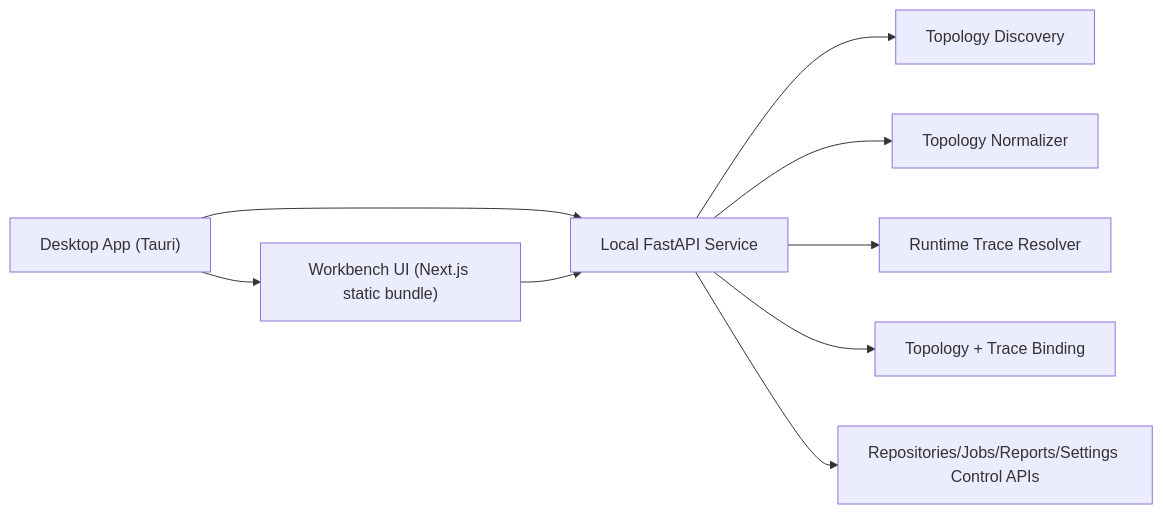
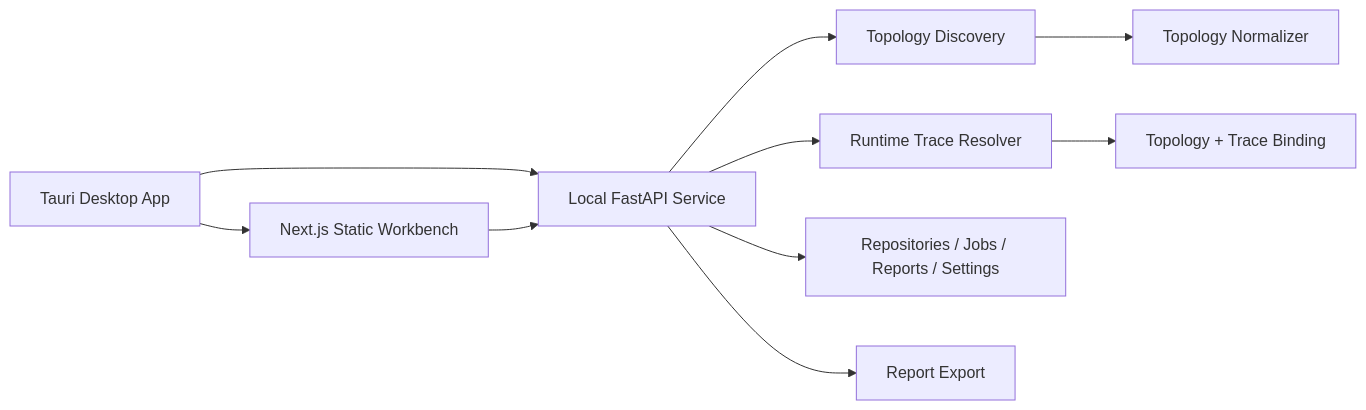
Before and after one commit to Sgt-Friedrich/Agent_City: the diagram in README.md, drawn with Mermaid. The commit also changed other lines of this file and 43 other files, not shown here.

````diff
--- a/README.md
+++ b/README.md
@@ -133,11 +82,12 @@
 ```mermaid
 flowchart LR
-  App["Desktop App (Tauri)"] --> UI["Workbench UI (Next.js static bundle)"]
+  App["Tauri Desktop App"] --> UI["Next.js Static Workbench"]
   App --> API["Local FastAPI Service"]
   UI --> API
   API --> Discovery["Topology Discovery"]
-  API --> Normalizer["Topology Normalizer"]
+  Discovery --> Normalizer["Topology Normalizer"]
   API --> Runtime["Runtime Trace Resolver"]
-  API --> Binding["Topology + Trace Binding"]
-  API --> Control["Repositories/Jobs/Reports/Settings Control APIs"]
+  Runtime --> Binding["Topology + Trace Binding"]
+  API --> Control["Repositories / Jobs / Reports / Settings"]
+  API --> Reports["Report Export"]
 ```
````
